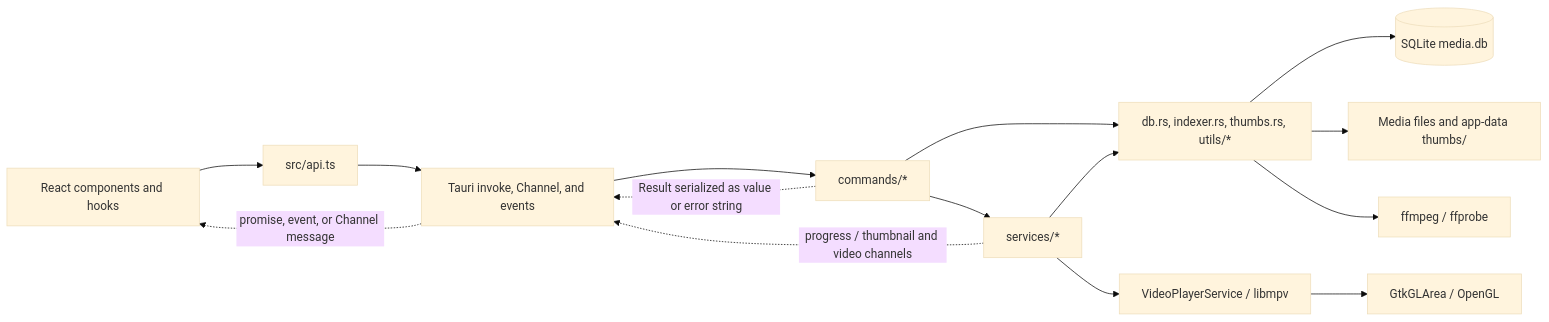
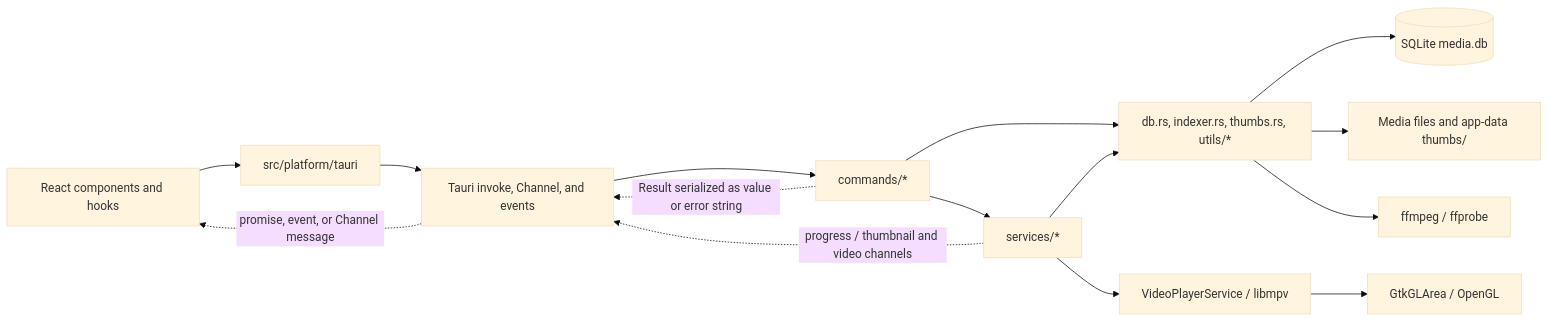
One commit to DawidRoguziak/tagrove changed the diagram in docs/architecture/system-overview.md. Above: the diagram before and after it, drawn with Mermaid (base theme). The commit also changed other lines of this file and 75 other files, not shown here.

````diff
--- a/docs/architecture/system-overview.md
+++ b/docs/architecture/system-overview.md
@@ -11,26 +11,26 @@
 ```mermaid
 flowchart LR
     UI["React components and hooks"]
-    API["src/api.ts"]
+    API["src/platform/tauri"]
     IPC["Tauri invoke, Channel, and events"]
     CMD["commands/*"]
     SVC["services/*"]
     CORE["db.rs, indexer.rs, thumbs.rs, utils/*"]
     DB[("SQLite media.db")]
     FS["Media files and app-data thumbs/"]
     TOOLS["ffmpeg / ffprobe"]
     VIDEO["VideoPlayerService / libmpv"]
     GTK["GtkGLArea / OpenGL"]
 
     UI --> API --> IPC --> CMD
     CMD --> SVC
     CMD --> CORE
     SVC --> CORE
     CORE --> DB
     CORE --> FS
     CORE --> TOOLS
     SVC --> VIDEO --> GTK
     CMD -. "Result serialized as value or error string" .-> IPC
     SVC -. "progress / thumbnail and video channels" .-> IPC
     IPC -. "promise, event, or Channel message" .-> UI
 ```
````
